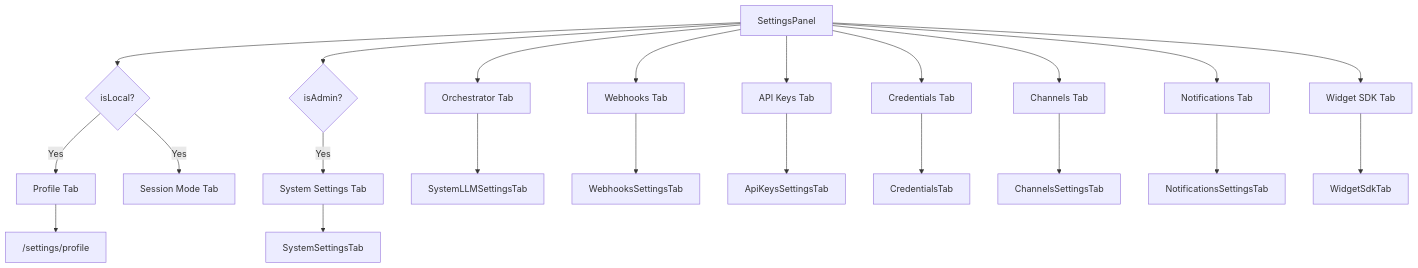
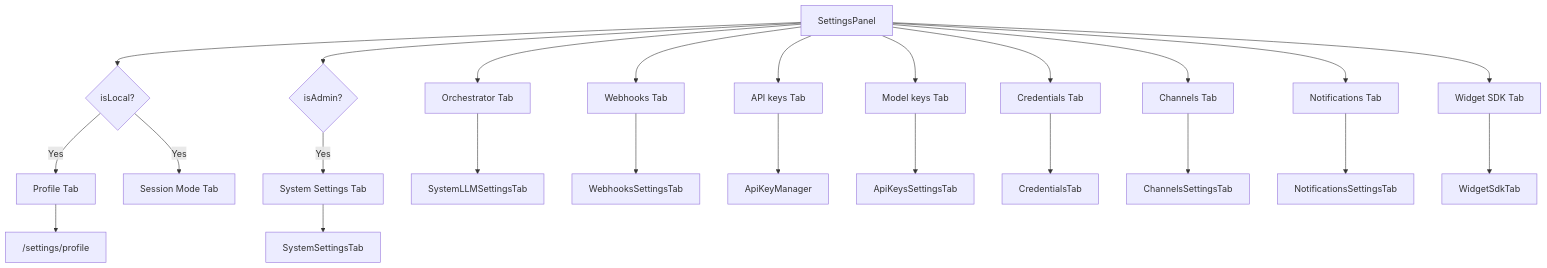
One commit to AutomatosAI/automatos-ai changed the first of 3 diagrams in docs/frontend-architecture/settings-ui.md. Above: the diagram before and after it, drawn with Mermaid. The commit also changed other lines of this file and 45 other files, not shown here.

First line of the commit message:
feat(settings): API keys get their own tab, and BYOK keys become Model keys (#1545)

````diff
--- a/docs/frontend-architecture/settings-ui.md
+++ b/docs/frontend-architecture/settings-ui.md
@@ -44,25 +44,27 @@
 ```mermaid
 graph TD
     A[SettingsPanel] --> B{isLocal?}
     B -- Yes --> C[Profile Tab]
     B -- Yes --> D[Session Mode Tab]
     A --> E{isAdmin?}
     E -- Yes --> F[System Settings Tab]
     A --> G[Orchestrator Tab]
     A --> H[Webhooks Tab]
-    A --> I[API Keys Tab]
+    A --> I[API keys Tab]
+    A --> I2[Model keys Tab]
     A --> J[Credentials Tab]
     A --> K[Channels Tab]
     A --> L[Notifications Tab]
     A --> M[Widget SDK Tab]
 
     C --> ProfilePage["/settings/profile"]
     F --> SystemSettingsTab
     G --> SystemLLMSettingsTab
     H --> WebhooksSettingsTab
-    I --> ApiKeysSettingsTab
+    I --> ApiKeyManager
+    I2 --> ApiKeysSettingsTab
     J --> CredentialsTab
     K --> ChannelsSettingsTab
     L --> NotificationsSettingsTab
     M --> WidgetSdkTab
 ```
````
